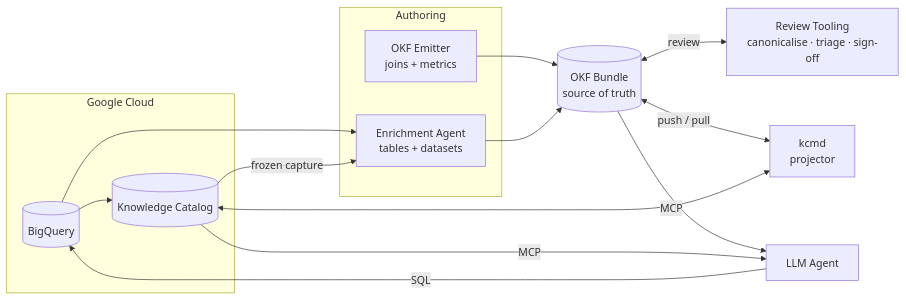
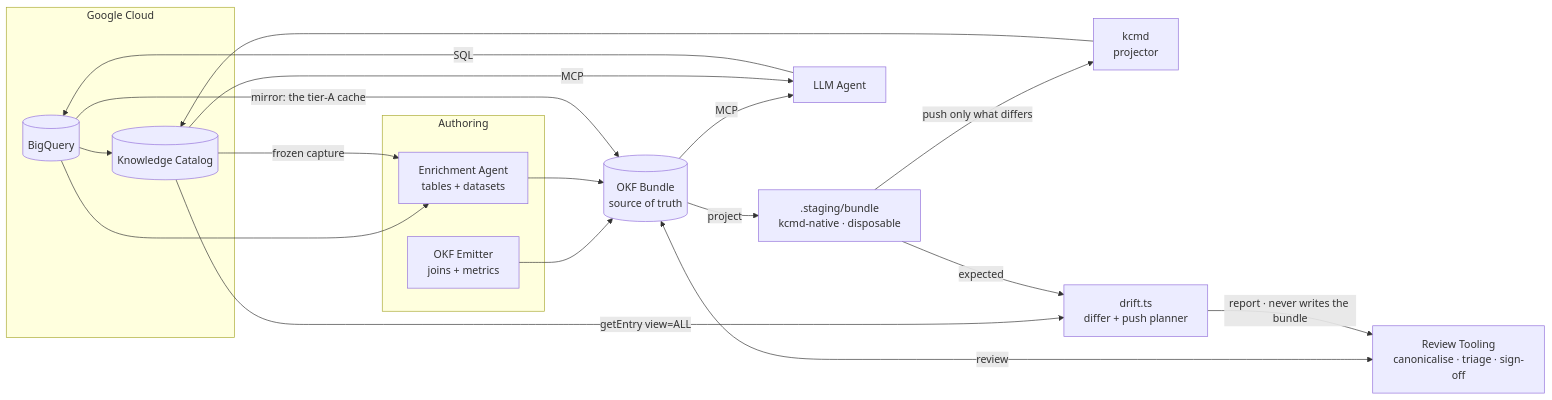
One commit to Royston88/okf-knowledge-catalog-agent-demo changed the first of 2 diagrams in ARCHITECTURE.md. Above: the diagram before and after it, drawn with Mermaid. The commit also changed other lines of this file and 8 other files, not shown here.

````diff
--- a/ARCHITECTURE.md
+++ b/ARCHITECTURE.md
@@ -18,29 +18,36 @@
 ```mermaid
 graph LR
     subgraph GCP ["Google Cloud"]
         BQ[("BigQuery")]
         KC[("Knowledge Catalog")]
     end
 
     subgraph Authoring ["Authoring"]
         EMIT["OKF Emitter<br/>joins + metrics"]
         ENRICH["Enrichment Agent<br/>tables + datasets"]
     end
 
     OKF[("OKF Bundle<br/>source of truth")]
     REVIEW["Review Tooling<br/>canonicalise · triage · sign-off"]
+    STAGE[".staging/bundle<br/>kcmd-native · disposable"]
     KCMD["kcmd<br/>projector"]
+    DIFF["drift.ts<br/>differ + push planner"]
     LLM["LLM Agent"]
 
     BQ --> KC
     BQ --> ENRICH
     KC -->|"frozen capture"| ENRICH
     EMIT --> OKF
     ENRICH --> OKF
     OKF <-->|"review"| REVIEW
-    OKF <-->|"push / pull"| KCMD
-    KCMD <--> KC
+    OKF -->|"project"| STAGE
+    STAGE -->|"push only what differs"| KCMD
+    KCMD --> KC
+    KC -->|"getEntry view=ALL"| DIFF
+    STAGE -->|"expected"| DIFF
+    DIFF -->|"report · never writes the bundle"| REVIEW
+    BQ -->|"mirror: the tier-A cache"| OKF
     OKF -->|"MCP"| LLM
     KC -->|"MCP"| LLM
     LLM -->|"SQL"| BQ
 ```
````
